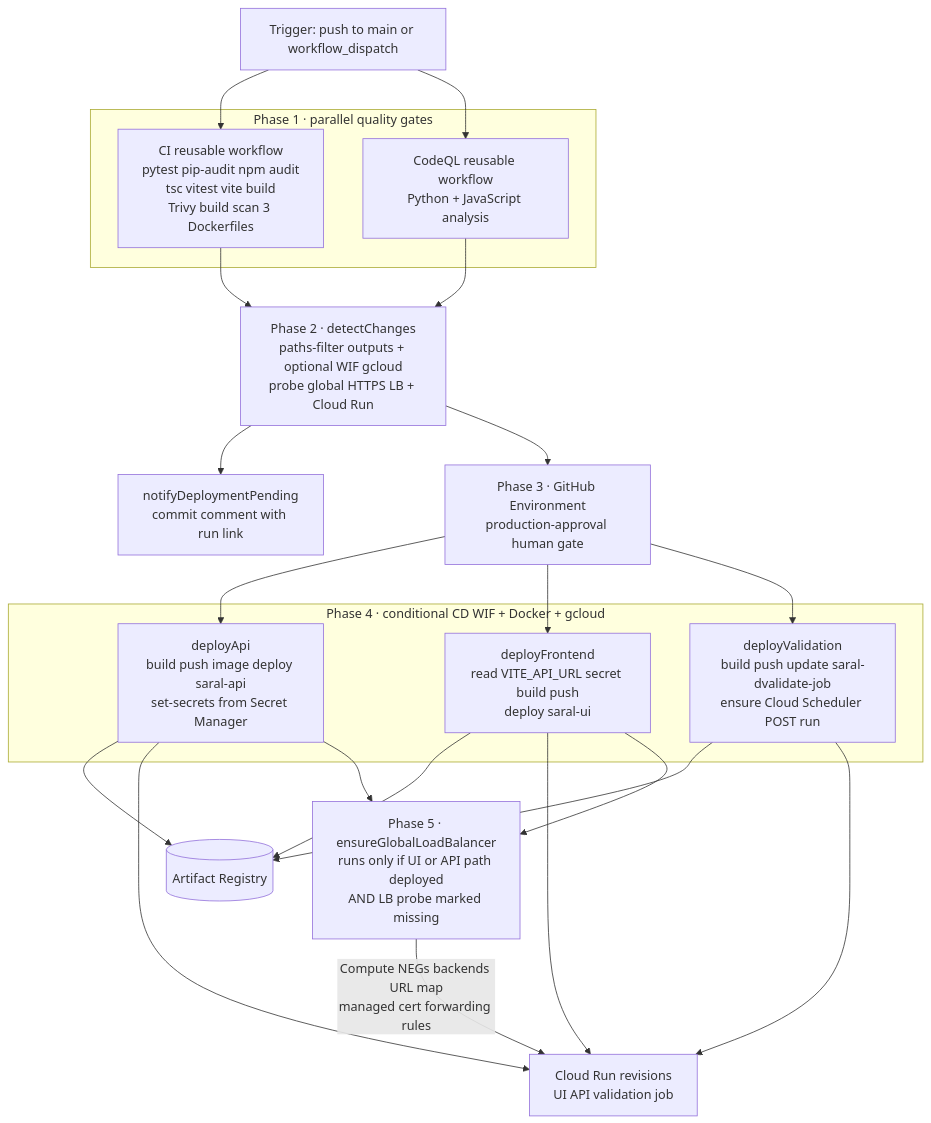
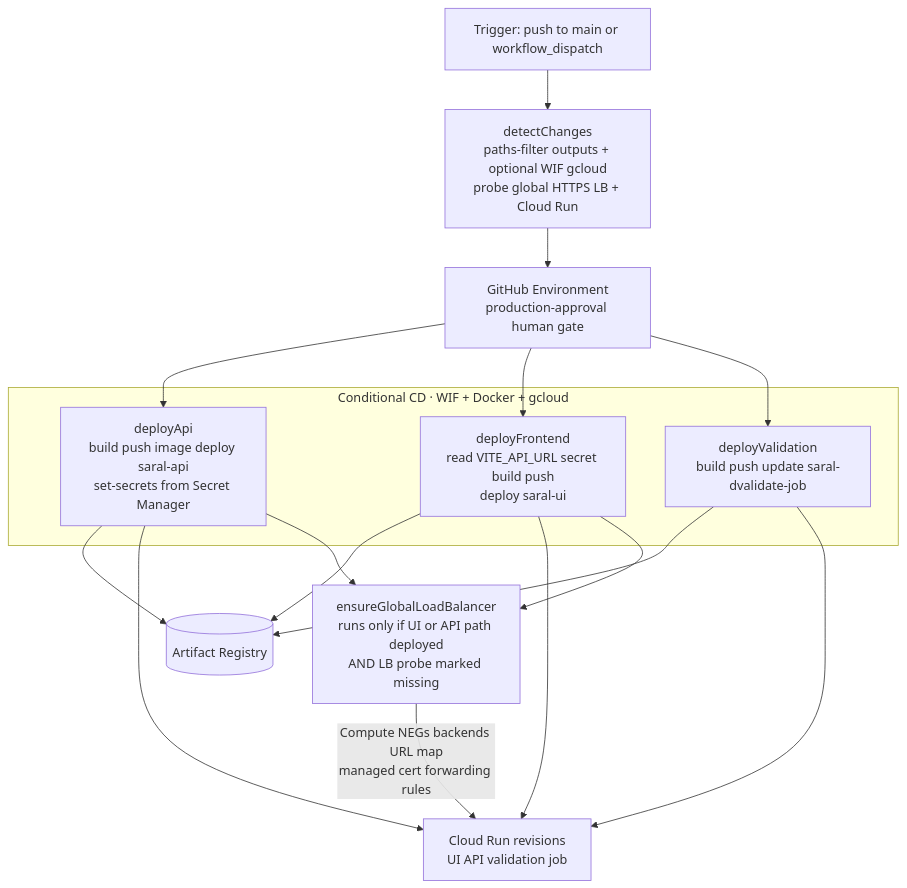
Before and after one commit to UttU28/Saral-Job-Viewer: the fourth of 4 diagrams in docs/ARCHITECTURE-DIAGRAMS.md, drawn with Mermaid. The commit also changed other lines of this file and 25 other files, not shown here.

````diff
--- a/docs/ARCHITECTURE-DIAGRAMS.md
+++ b/docs/ARCHITECTURE-DIAGRAMS.md
@@ -119,37 +119,28 @@
 ```mermaid
 flowchart TB
   T[Trigger: push to main or workflow_dispatch]
-  subgraph P1["Phase 1 · parallel quality gates"]
-    CI[CI reusable workflow<br/>pytest pip-audit npm audit<br/>tsc vitest vite build<br/>Trivy build scan 3 Dockerfiles]
-    CQ[CodeQL reusable workflow<br/>Python + JavaScript analysis]
-  end
-  DC[Phase 2 · detectChanges<br/>paths-filter outputs + optional WIF gcloud<br/>probe global HTTPS LB + Cloud Run]
-  NT[notifyDeploymentPending<br/>commit comment with run link]
-  AP[Phase 3 · GitHub Environment<br/>production-approval human gate]
-  subgraph P4["Phase 4 · conditional CD WIF + Docker + gcloud"]
+  DC[detectChanges<br/>paths-filter outputs + optional WIF gcloud<br/>probe global HTTPS LB + Cloud Run]
+  AP[GitHub Environment<br/>production-approval human gate]
+  subgraph P4["Conditional CD · WIF + Docker + gcloud"]
     DAPI[deployApi<br/>build push image deploy saral-api<br/>set-secrets from Secret Manager]
     DFE[deployFrontend<br/>read VITE_API_URL secret build push<br/>deploy saral-ui]
-    DVAL[deployValidation<br/>build push update saral-dvalidate-job<br/>ensure Cloud Scheduler POST run]
+    DVAL[deployValidation<br/>build push update saral-dvalidate-job]
   end
-  ELB[Phase 5 · ensureGlobalLoadBalancer<br/>runs only if UI or API path deployed<br/>AND LB probe marked missing]
+  ELB[ensureGlobalLoadBalancer<br/>runs only if UI or API path deployed<br/>AND LB probe marked missing]
   AR[(Artifact Registry)]
   RUN[Cloud Run revisions<br/>UI API validation job]
-  T --> CI
-  T --> CQ
-  CI --> DC
-  CQ --> DC
-  DC --> NT
+  T --> DC
   DC --> AP
   AP --> DAPI
   AP --> DFE
   AP --> DVAL
   DAPI --> AR
   DFE --> AR
   DVAL --> AR
   DAPI --> RUN
   DFE --> RUN
   DVAL --> RUN
   DAPI --> ELB
   DFE --> ELB
   ELB -->|Compute NEGs backends URL map<br/>managed cert forwarding rules| RUN
 ```
````
